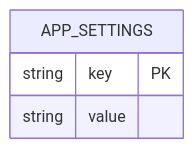
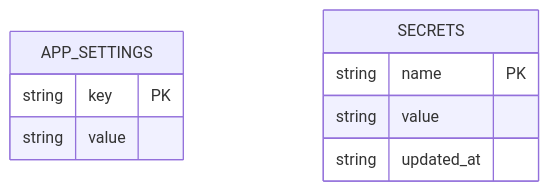
One commit to Kaiships-ai/crowsnest changed the first of 6 diagrams in documents/architect/core-components/onboarding/02-architecture.md. Above: the diagram before and after it, drawn with Mermaid. The commit also changed other lines of this file and 4 other files, not shown here.

````diff
--- a/documents/architect/core-components/onboarding/02-architecture.md
+++ b/documents/architect/core-components/onboarding/02-architecture.md
@@ -37,7 +63,12 @@
 ```mermaid
 erDiagram
     APP_SETTINGS {
         string key PK
         string value
     }
+    SECRETS {
+        string name PK
+        string value
+        string updated_at
+    }
 ```
````
